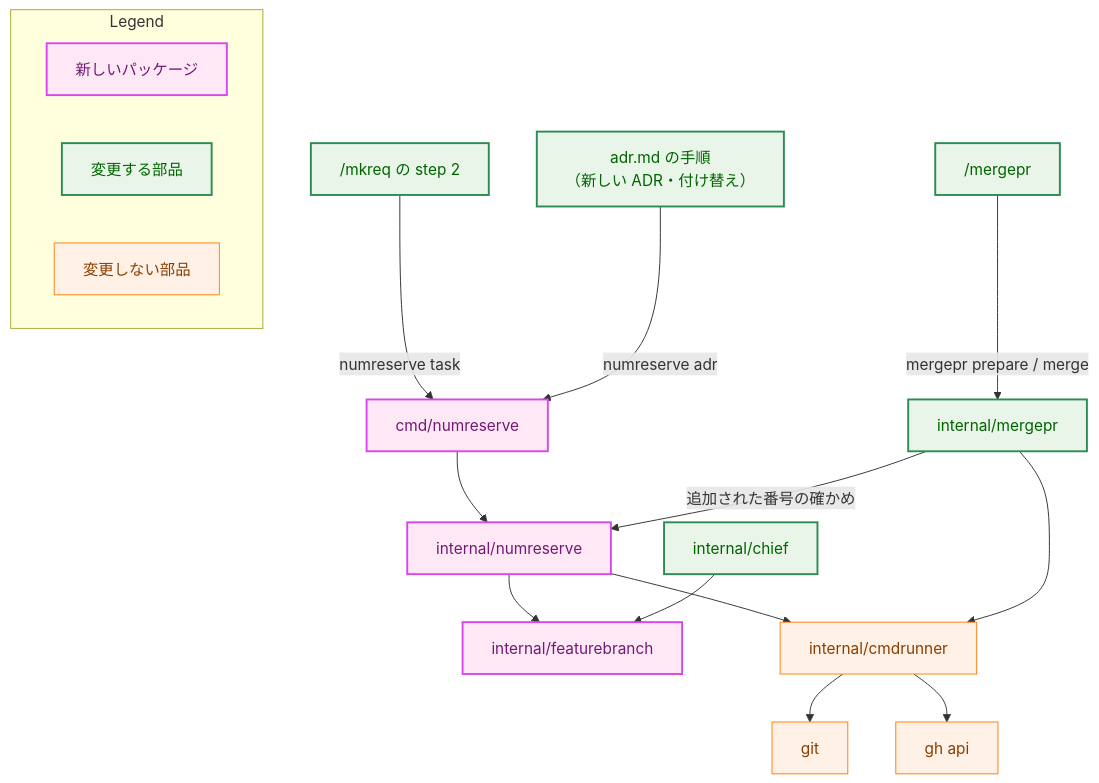
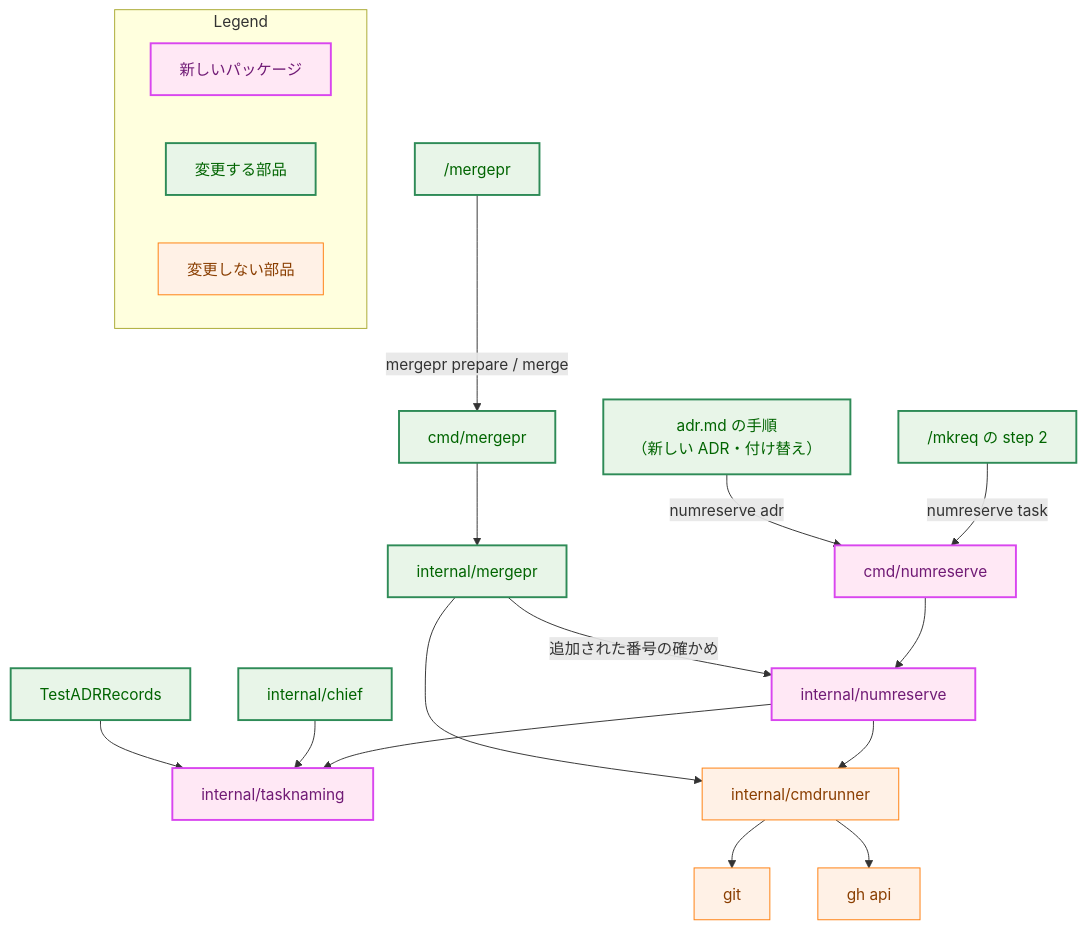
Before and after one commit to isseis/yt2column: the second of 6 diagrams in docs/tasks/0100_number_reservation/02_architecture.md, drawn with Mermaid. The commit also changed other lines of this file and 2 other files, not shown here.

First line of the commit message:
docs(0100): address architecture review findings and polish Japanese prose

````diff
--- a/docs/tasks/0100_number_reservation/02_architecture.md
+++ b/docs/tasks/0100_number_reservation/02_architecture.md
@@ -118,44 +122,47 @@
 ```mermaid
 flowchart TD
-    classDef data fill:#e6f7ff,stroke:#1f77b4,stroke-width:1px,color:#0b3d91;
     classDef process fill:#fff1e6,stroke:#ff7f0e,stroke-width:1px,color:#8a3e00;
     classDef enhanced fill:#e8f5e8,stroke:#2e8b57,stroke-width:2px,color:#006400;
     classDef newpkg fill:#ffe8f5,stroke:#d946ef,stroke-width:2px,color:#701a75;
 
     MKREQ["/mkreq の step 2"]
     ADRDOC["adr.md の手順<br>（新しい ADR・付け替え）"]
     MERGEPR_CMD["/mergepr"]
     CMD["cmd/numreserve"]
     LIB["internal/numreserve"]
-    FB["internal/featurebranch"]
+    NAMING["internal/tasknaming"]
     CHIEF["internal/chief"]
+    ADRTEST["TestADRRecords"]
+    MPCMD["cmd/mergepr"]
     MP["internal/mergepr"]
     RUN["internal/cmdrunner"]
     GIT["git"]
     GH["gh api"]
 
     MKREQ -->|"numreserve task"| CMD
     ADRDOC -->|"numreserve adr"| CMD
-    MERGEPR_CMD -->|"mergepr prepare / merge"| MP
+    MERGEPR_CMD -->|"mergepr prepare / merge"| MPCMD
+    MPCMD --> MP
     CMD --> LIB
     MP -->|"追加された番号の確かめ"| LIB
-    LIB --> FB
-    CHIEF --> FB
+    LIB --> NAMING
+    CHIEF --> NAMING
+    ADRTEST --> NAMING
     LIB --> RUN
     MP --> RUN
     RUN --> GIT
     RUN --> GH
 
-    class MKREQ,ADRDOC,MERGEPR_CMD,MP,CHIEF enhanced
-    class CMD,LIB,FB newpkg
+    class MKREQ,ADRDOC,MERGEPR_CMD,MPCMD,MP,CHIEF,ADRTEST enhanced
+    class CMD,LIB,NAMING newpkg
     class RUN,GIT,GH process
 
     subgraph Legend["Legend"]
         L1["新しいパッケージ"]
         L2["変更する部品"]
         L3["変更しない部品"]
     end
     class L1 newpkg
     class L2 enhanced
     class L3 process
 ```
````
